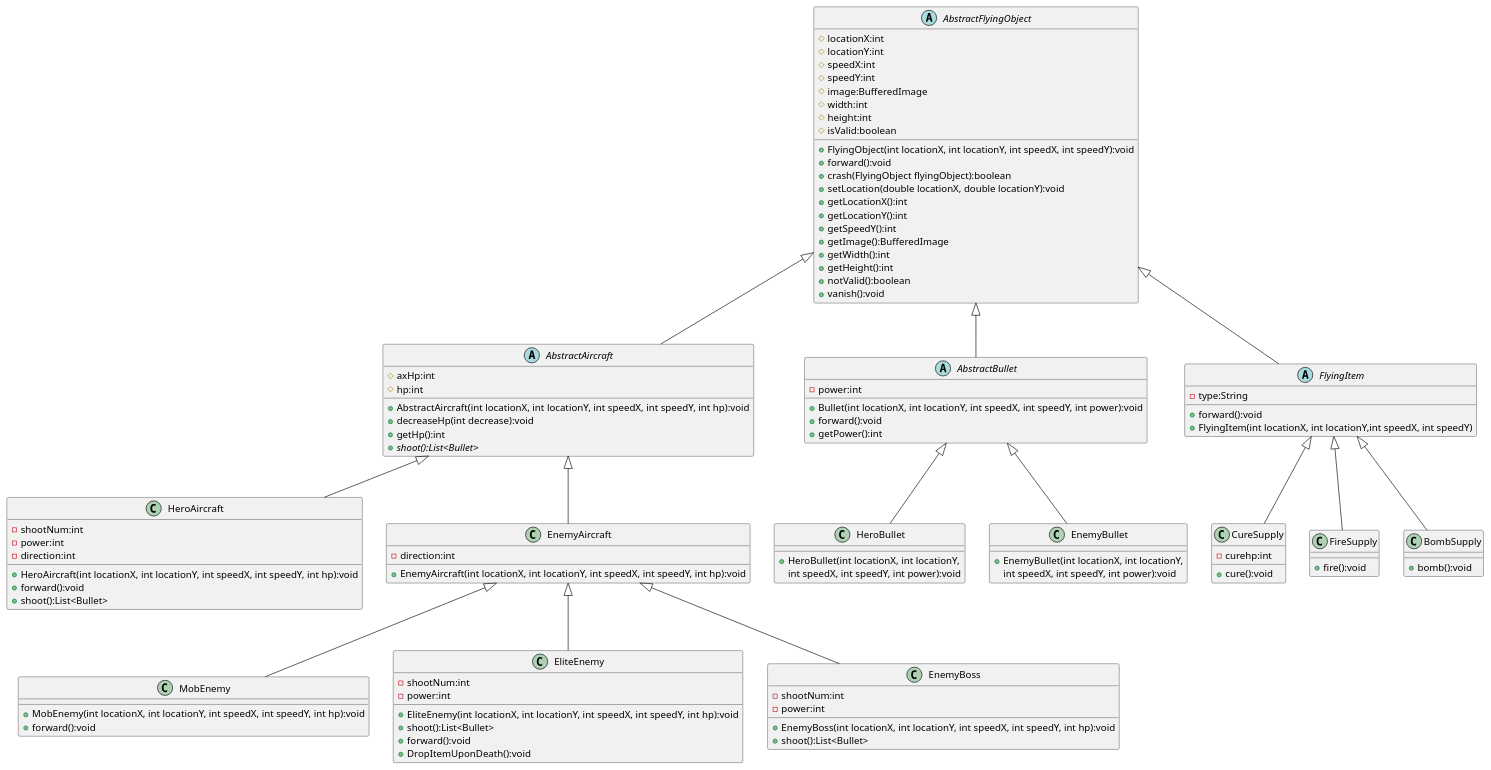
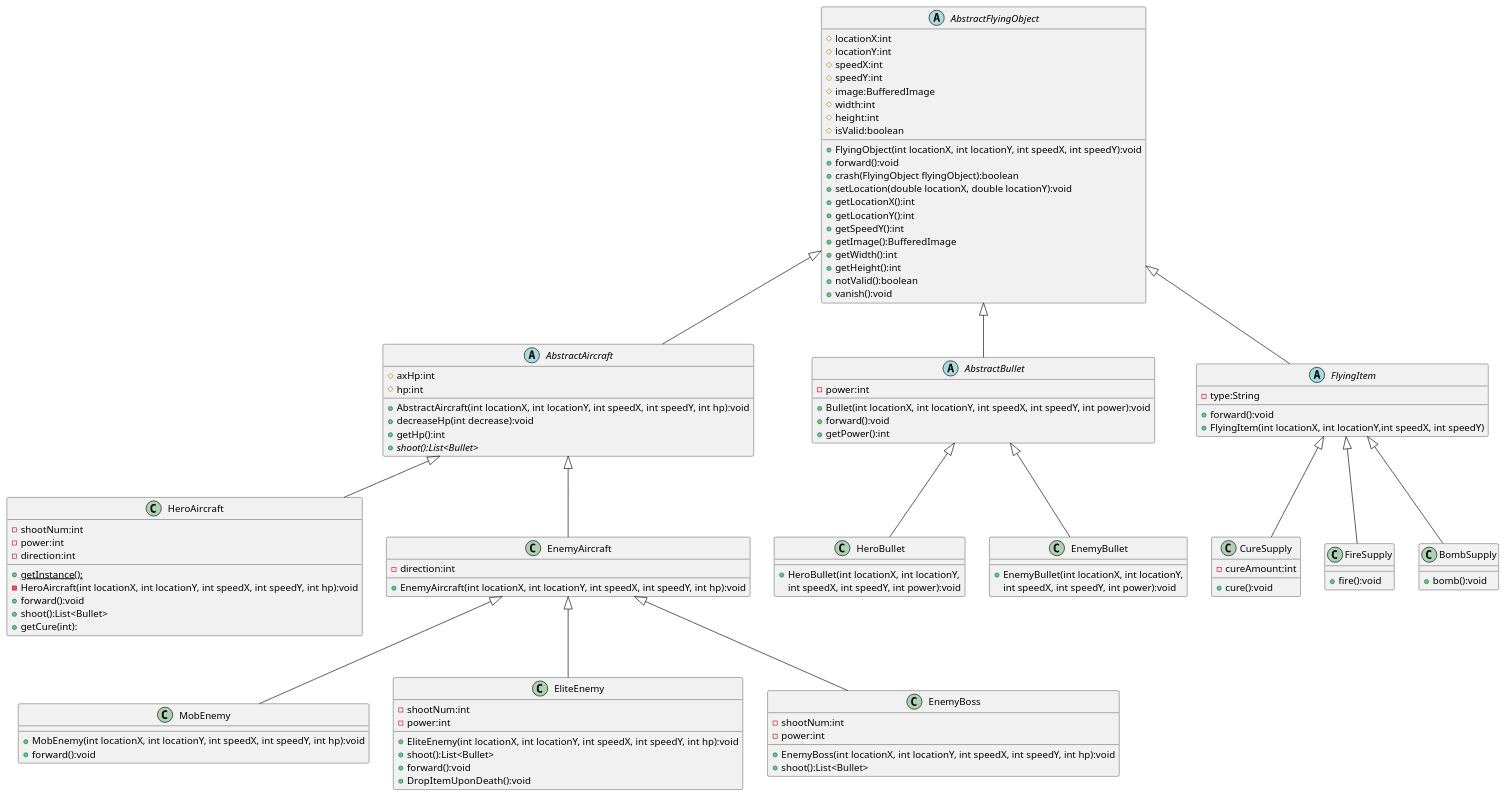
The diagram in uml/Inheritence.puml (Requalvia/AircraftWarGame), drawn with PlantUML before and after one commit. The commit also changed 16 other files, not shown here.

```diff
--- a/uml/Inheritence.puml
+++ b/uml/Inheritence.puml
@@ -1,122 +1,127 @@
 @startuml
 'https://plantuml.com/class-diagram
 
 abstract class AbstractFlyingObject
 {
     # locationX:int
     # locationY:int
     # speedX:int
     # speedY:int
     # image:BufferedImage
     # width:int
     # height:int
     # isValid:boolean
 
     + FlyingObject(int locationX, int locationY, int speedX, int speedY):void
     + forward():void
     + crash(FlyingObject flyingObject):boolean
     + setLocation(double locationX, double locationY):void
     + getLocationX():int
     + getLocationY():int
     + getSpeedY():int
     + getImage():BufferedImage
     + getWidth():int
     + getHeight():int
     + notValid():boolean
     + vanish():void
 }
 abstract class AbstractAircraft
 {
 	# axHp:int
     # hp:int
     + AbstractAircraft(int locationX, int locationY, int speedX, int speedY, int hp):void
     + decreaseHp(int decrease):void
     + getHp():int
     + {abstract} shoot():List<Bullet>
+
  }
 
 abstract class AbstractBullet
 {
     - power:int
     + Bullet(int locationX, int locationY, int speedX, int speedY, int power):void
     + forward():void
 	+ getPower():int
 }
 
 AbstractFlyingObject <|-- AbstractAircraft
 AbstractFlyingObject <|-- AbstractBullet
 
 AbstractAircraft <|-- HeroAircraft
 AbstractAircraft <|-- EnemyAircraft
 
 EnemyAircraft <|-- MobEnemy
 EnemyAircraft <|-- EliteEnemy
 EnemyAircraft <|-- EnemyBoss
 
 AbstractBullet <|-- HeroBullet
 AbstractBullet <|-- EnemyBullet
 
 class HeroAircraft {
     - shootNum:int
     - power:int
     - direction:int
-    + HeroAircraft(int locationX, int locationY, int speedX, int speedY, int hp):void
+    + {static} getInstance():
+    - HeroAircraft(int locationX, int locationY, int speedX, int speedY, int hp):void
     + forward():void
     + shoot():List<Bullet>
+    + getCure(int):
 }
+
 class EnemyAircraft{
     - direction:int
+    + EnemyAircraft(int locationX, int locationY, int speedX, int speedY, int hp):void
+}
 
-    + EnemyAircraft(int locationX, int locationY, int speedX, int speedY, int hp):void
 
-}
+
 class MobEnemy {
     + MobEnemy(int locationX, int locationY, int speedX, int speedY, int hp):void
     + forward():void
 }
 class EliteEnemy{
     - shootNum:int
     - power:int
     + EliteEnemy(int locationX, int locationY, int speedX, int speedY, int hp):void
     + shoot():List<Bullet>
     + forward():void
     + DropItemUponDeath():void
 
 }
 class EnemyBoss{
     - shootNum:int
     - power:int
     + EnemyBoss(int locationX, int locationY, int speedX, int speedY, int hp):void
     + shoot():List<Bullet>
 
 }
 class HeroBullet {
     + HeroBullet(int locationX, int locationY,
      int speedX, int speedY, int power):void
 }
 
 class EnemyBullet {
     + EnemyBullet(int locationX, int locationY,
      int speedX, int speedY, int power):void
 }
 AbstractFlyingObject <|-- FlyingItem
 abstract class FlyingItem{
     - type:String
     +forward():void
     + FlyingItem(int locationX, int locationY,int speedX, int speedY)
 
 }
 FlyingItem <|-- CureSupply
 FlyingItem <|-- FireSupply
 FlyingItem <|-- BombSupply
 class CureSupply{
-    -curehp:int
+    -cureAmount:int
     +cure():void
 }
 class FireSupply{
     +fire():void
 }
 class BombSupply{
     +bomb():void
 }
 @enduml
```
